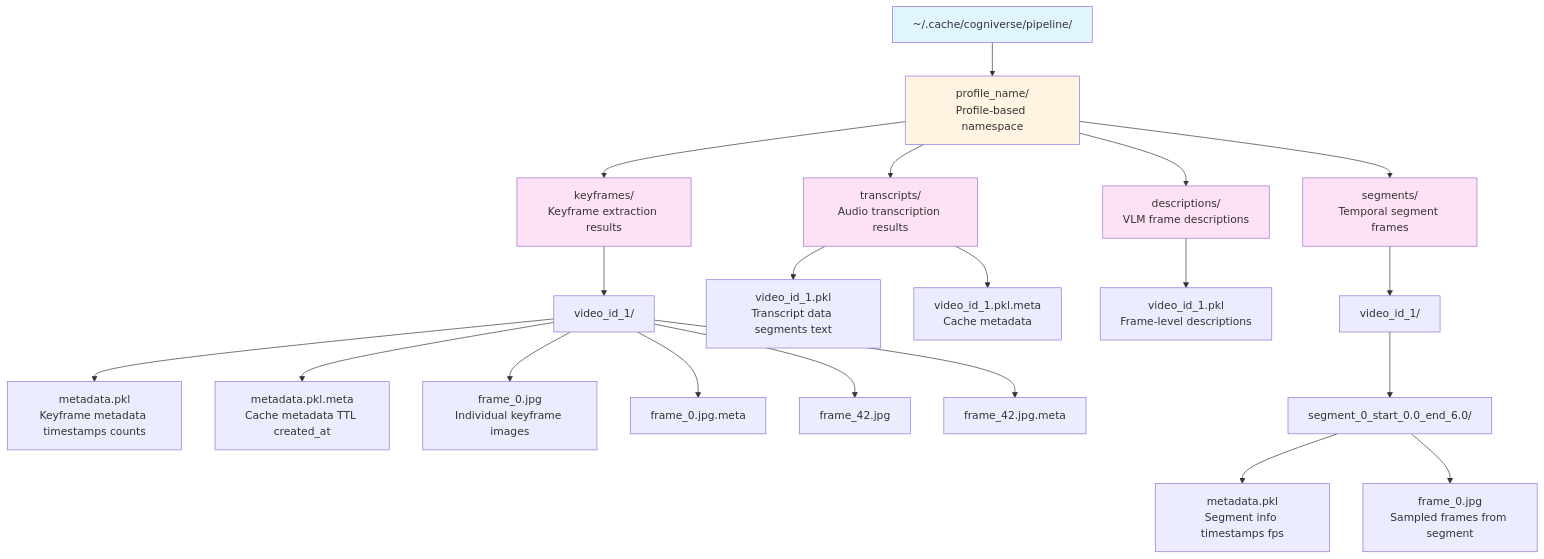
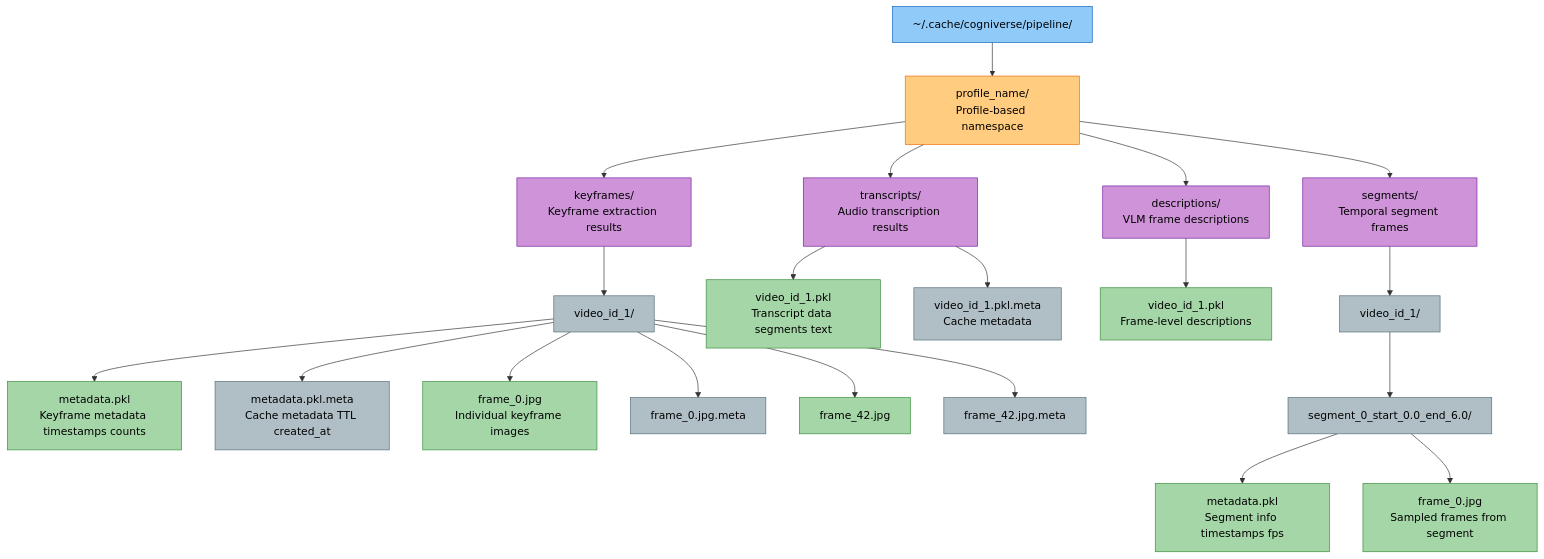
Before and after one commit to amit-jain/cogniverse: the third of 6 diagrams in docs/modules/cache.md, drawn with Mermaid. The commit also changed other lines of this file and 83 other files, not shown here.

First line of the commit message:
Fix documentation veracity, formatting, and diagrams across all modules

````diff
--- a/docs/modules/cache.md
+++ b/docs/modules/cache.md
@@ -178,57 +199,71 @@
 ```mermaid
-graph TB
-    ROOT[~/.cache/cogniverse/pipeline/]
-    PROF[profile_name/<br/>Profile-based namespace]
-    KF[keyframes/<br/>Keyframe extraction results]
-    VID1[video_id_1/]
-    META1[metadata.pkl<br/>Keyframe metadata timestamps counts]
-    META1M[metadata.pkl.meta<br/>Cache metadata TTL created_at]
-    F0[frame_0.jpg<br/>Individual keyframe images]
-    F0M[frame_0.jpg.meta]
-    F42[frame_42.jpg]
-    F42M[frame_42.jpg.meta]
+flowchart TB
+    ROOT["<span style='color:#000'>~/.cache/cogniverse/pipeline/</span>"]
+    PROF["<span style='color:#000'>profile_name/<br/>Profile-based namespace</span>"]
+    KF["<span style='color:#000'>keyframes/<br/>Keyframe extraction results</span>"]
+    VID1["<span style='color:#000'>video_id_1/</span>"]
+    META1["<span style='color:#000'>metadata.pkl<br/>Keyframe metadata timestamps counts</span>"]
+    META1M["<span style='color:#000'>metadata.pkl.meta<br/>Cache metadata TTL created_at</span>"]
+    F0["<span style='color:#000'>frame_0.jpg<br/>Individual keyframe images</span>"]
+    F0M["<span style='color:#000'>frame_0.jpg.meta</span>"]
+    F42["<span style='color:#000'>frame_42.jpg</span>"]
+    F42M["<span style='color:#000'>frame_42.jpg.meta</span>"]
 
-    TR[transcripts/<br/>Audio transcription results]
-    TRV1[video_id_1.pkl<br/>Transcript data segments text]
-    TRV1M[video_id_1.pkl.meta<br/>Cache metadata]
+    TR["<span style='color:#000'>transcripts/<br/>Audio transcription results</span>"]
+    TRV1["<span style='color:#000'>video_id_1.pkl<br/>Transcript data segments text</span>"]
+    TRV1M["<span style='color:#000'>video_id_1.pkl.meta<br/>Cache metadata</span>"]
 
-    DESC[descriptions/<br/>VLM frame descriptions]
-    DESCV1[video_id_1.pkl<br/>Frame-level descriptions]
+    DESC["<span style='color:#000'>descriptions/<br/>VLM frame descriptions</span>"]
+    DESCV1["<span style='color:#000'>video_id_1.pkl<br/>Frame-level descriptions</span>"]
 
-    SEG[segments/<br/>Temporal segment frames]
-    SEGV1[video_id_1/]
-    SEG0[segment_0_start_0.0_end_6.0/]
-    SEGMETA[metadata.pkl<br/>Segment info timestamps fps]
-    SEGF0[frame_0.jpg<br/>Sampled frames from segment]
+    SEG["<span style='color:#000'>segments/<br/>Temporal segment frames</span>"]
+    SEGV1["<span style='color:#000'>video_id_1/</span>"]
+    SEG0["<span style='color:#000'>segment_0_start_0.0_end_6.0/</span>"]
+    SEGMETA["<span style='color:#000'>metadata.pkl<br/>Segment info timestamps fps</span>"]
+    SEGF0["<span style='color:#000'>frame_0.jpg<br/>Sampled frames from segment</span>"]
 
     ROOT --> PROF
     PROF --> KF
     PROF --> TR
     PROF --> DESC
     PROF --> SEG
 
     KF --> VID1
     VID1 --> META1
     VID1 --> META1M
     VID1 --> F0
     VID1 --> F0M
     VID1 --> F42
     VID1 --> F42M
 
     TR --> TRV1
     TR --> TRV1M
 
     DESC --> DESCV1
 
     SEG --> SEGV1
     SEGV1 --> SEG0
     SEG0 --> SEGMETA
     SEG0 --> SEGF0
 
-    style ROOT fill:#e1f5ff
-    style PROF fill:#fff4e1
-    style KF fill:#ffe1f5
-    style TR fill:#ffe1f5
-    style DESC fill:#ffe1f5
-    style SEG fill:#ffe1f5
+    style ROOT fill:#90caf9,stroke:#1565c0,color:#000
+    style PROF fill:#ffcc80,stroke:#ef6c00,color:#000
+    style KF fill:#ce93d8,stroke:#7b1fa2,color:#000
+    style TR fill:#ce93d8,stroke:#7b1fa2,color:#000
+    style DESC fill:#ce93d8,stroke:#7b1fa2,color:#000
+    style SEG fill:#ce93d8,stroke:#7b1fa2,color:#000
+    style VID1 fill:#b0bec5,stroke:#546e7a,color:#000
+    style META1 fill:#a5d6a7,stroke:#388e3c,color:#000
+    style META1M fill:#b0bec5,stroke:#546e7a,color:#000
+    style F0 fill:#a5d6a7,stroke:#388e3c,color:#000
+    style F0M fill:#b0bec5,stroke:#546e7a,color:#000
+    style F42 fill:#a5d6a7,stroke:#388e3c,color:#000
+    style F42M fill:#b0bec5,stroke:#546e7a,color:#000
+    style TRV1 fill:#a5d6a7,stroke:#388e3c,color:#000
+    style TRV1M fill:#b0bec5,stroke:#546e7a,color:#000
+    style DESCV1 fill:#a5d6a7,stroke:#388e3c,color:#000
+    style SEGV1 fill:#b0bec5,stroke:#546e7a,color:#000
+    style SEG0 fill:#b0bec5,stroke:#546e7a,color:#000
+    style SEGMETA fill:#a5d6a7,stroke:#388e3c,color:#000
+    style SEGF0 fill:#a5d6a7,stroke:#388e3c,color:#000
 ```
````
